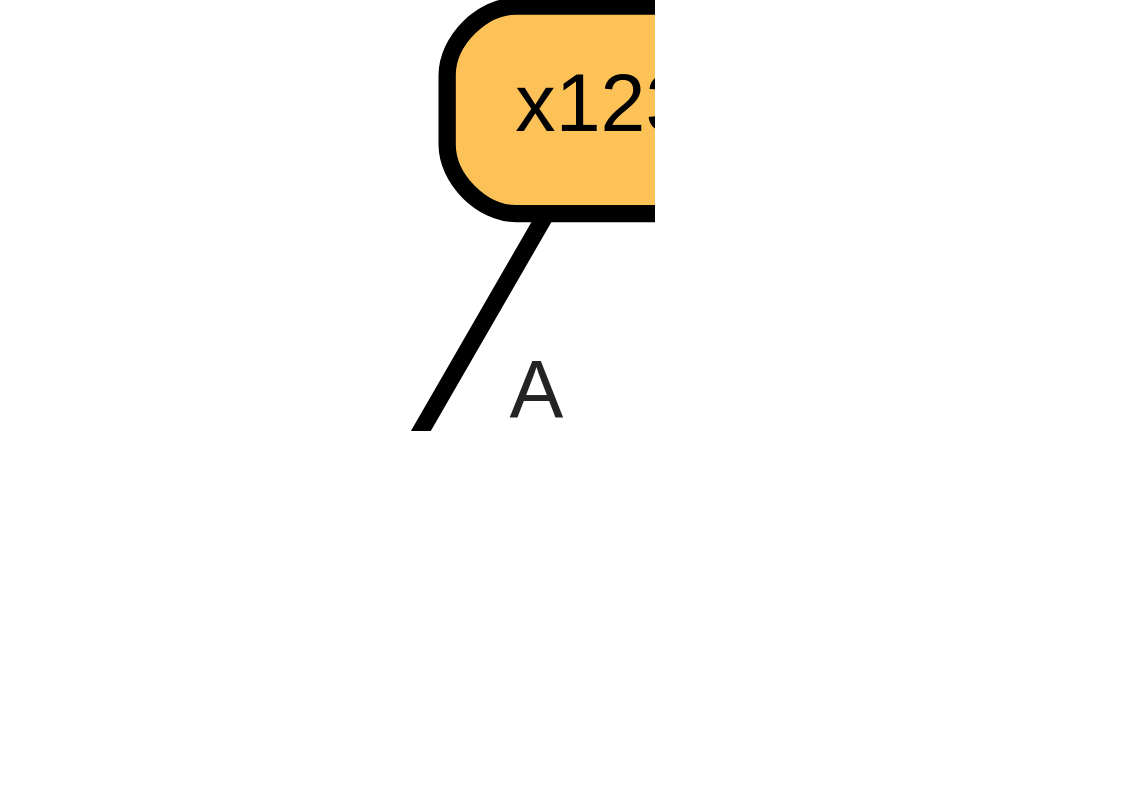
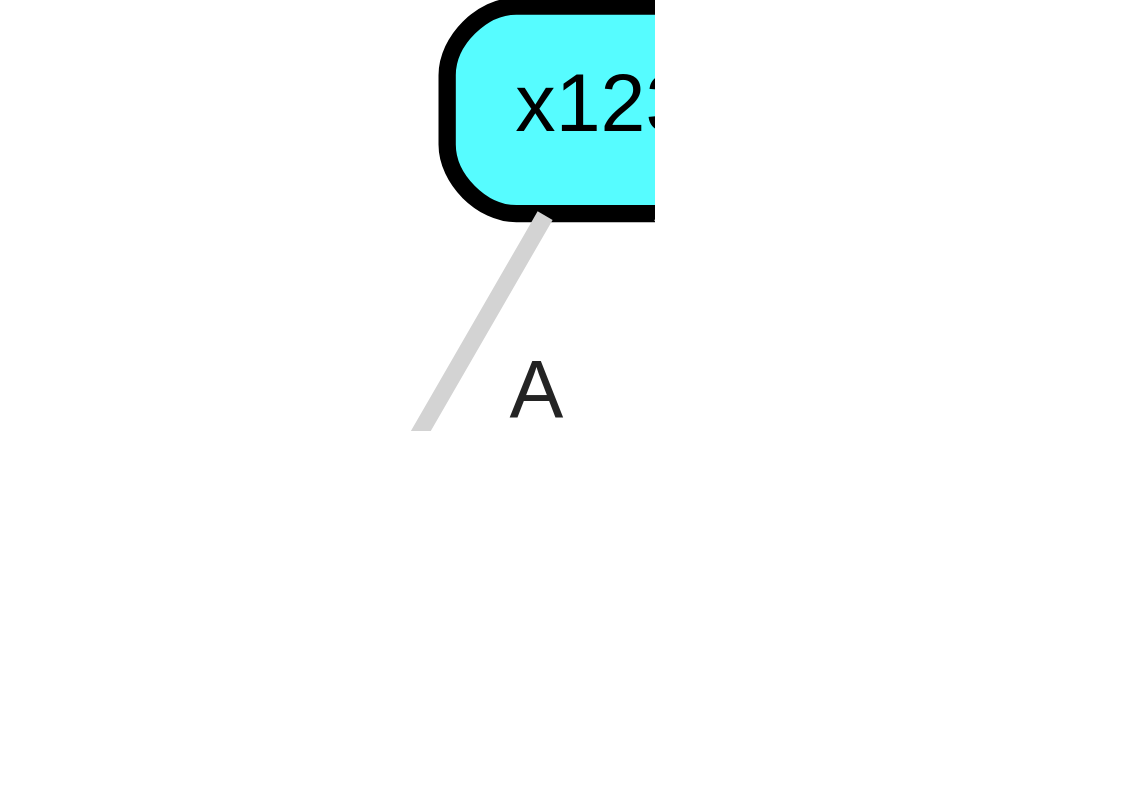
One commit to zeroknowledgediscovery/emergenet changed the diagram in qnet_predictions/qnet_models/trees/187.dot. Above: the diagram before and after it, drawn with Graphviz. The commit also changed 1724 other files, not shown here.

```diff
--- a/qnet_predictions/qnet_models/trees/187.dot
+++ b/qnet_predictions/qnet_models/trees/187.dot
@@ -1,14 +1,14 @@
 graph Tree {
 node [shape=box, style="filled, rounded",color="black",penwidth="3",fontcolor="black",                 fontname=helvetica] ;
 graph [ranksep="0 equally", splines=straight,                 bgcolor=transparent, dpi=200] ;
-edge [fontname=helvetica, fontweight=bold,fontcolor=grey14,color=black] ;
+edge [fontname=helvetica, fontweight=bold,fontcolor=grey14,color=lightgray] ;
 0 [label="R
 Prob: 1.0
-Frac: 0.013", fillcolor="#55ebff"] ;
-1 [label="x123", fillcolor="#fcc157"] ;
+Frac: 0.013", fillcolor="#ab55ff"] ;
+1 [label="x123", fillcolor="#56fcff"] ;
 2 [label="K
 Prob: 1.0
-Frac: 0.988", fillcolor="#ffc155"] ;
+Frac: 0.988", fillcolor="#55ffff"] ;
 1 -- 0 [label=" A",penwidth=3] ;
 1 -- 2 [label=" S\n T",penwidth=3] ;
 {rank = same;}}
```
